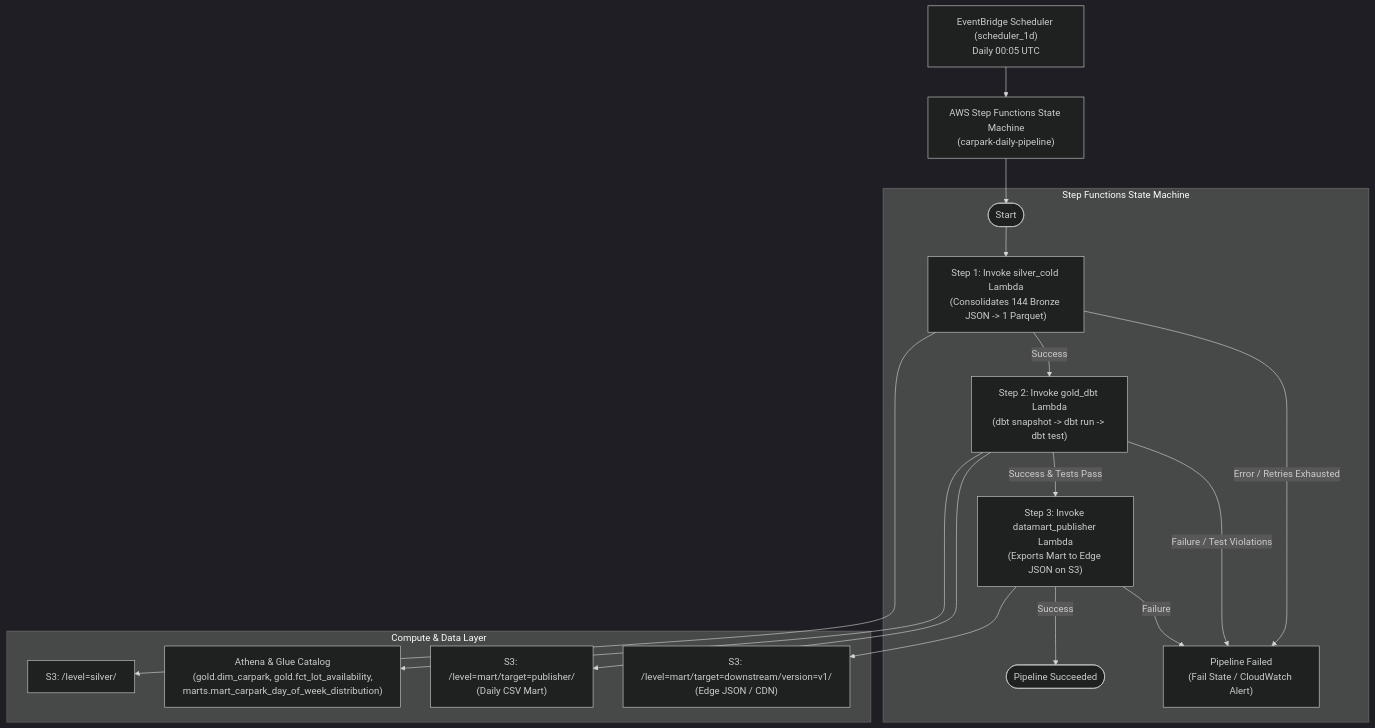
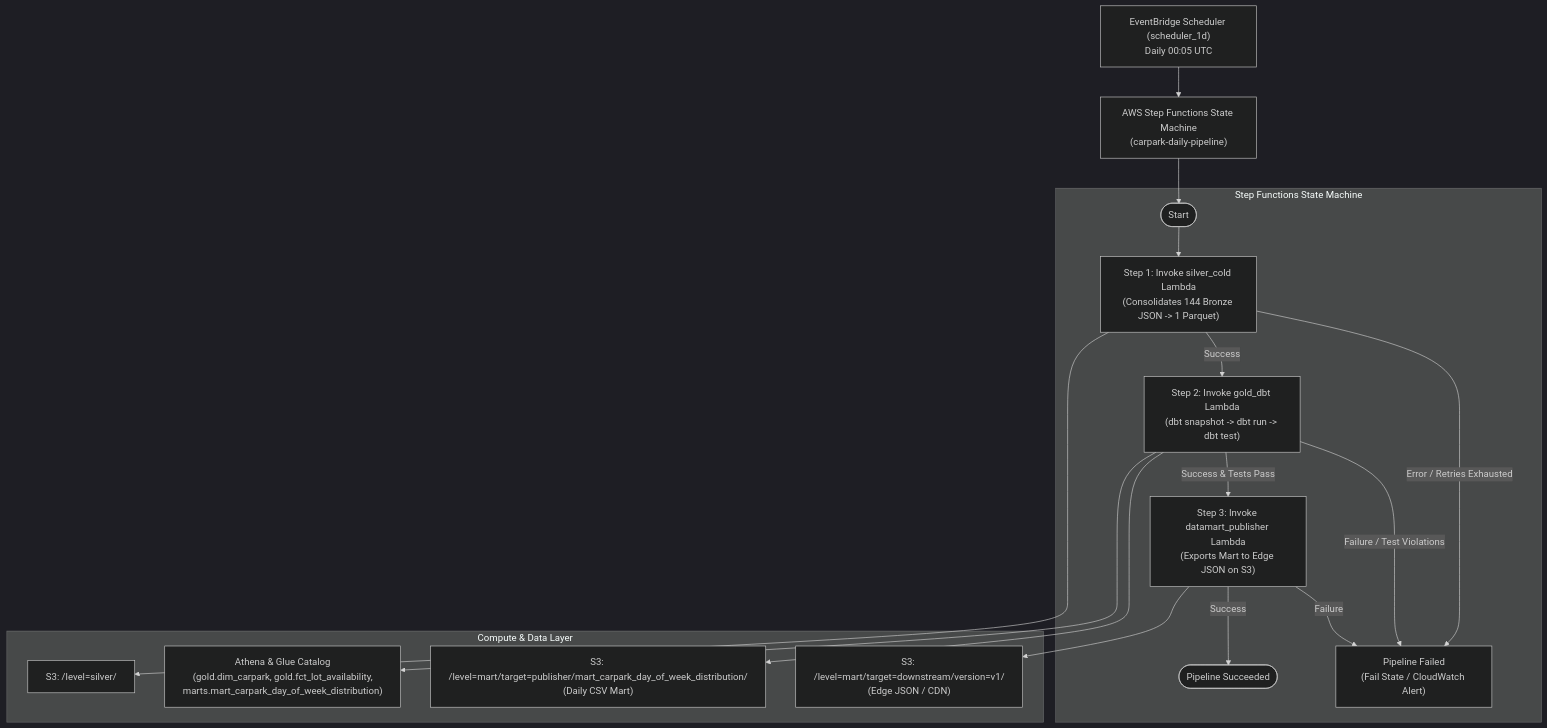
The diagram in packages/gold/README.md (ShengHaozz/Carpark-Availabilities-Data), drawn with Mermaid (dark theme) before and after one commit. The commit also changed other lines of this file and 12 other files, not shown here.

````diff
--- a/packages/gold/README.md
+++ b/packages/gold/README.md
@@ -9,24 +9,24 @@
 ```mermaid
 flowchart TD
     Schedule["EventBridge Scheduler (scheduler_1d)\nDaily 00:05 UTC"] --> SFN["AWS Step Functions State Machine\n(carpark-daily-pipeline)"]
     
     subgraph Step Functions State Machine
         StartNode([Start]) --> TaskSilver["Step 1: Invoke silver_cold Lambda\n(Consolidates 144 Bronze JSON -> 1 Parquet)"]
         TaskSilver -->|Success| TaskGold["Step 2: Invoke gold_dbt Lambda\n(dbt snapshot -> dbt run -> dbt test)"]
         TaskGold -->|Success & Tests Pass| TaskDatamart["Step 3: Invoke datamart_publisher Lambda\n(Exports Mart to Edge JSON on S3)"]
         TaskDatamart -->|Success| SuccessNode([Pipeline Succeeded])
         
         TaskSilver -->|Error / Retries Exhausted| FailNode["Pipeline Failed\n(Fail State / CloudWatch Alert)"]
         TaskGold -->|Failure / Test Violations| FailNode
         TaskDatamart -->|Failure| FailNode
     end
     
     subgraph Compute & Data Layer
         TaskSilver --> S3Silver["S3: /level=silver/"]
         TaskGold --> AthenaIceberg["Athena & Glue Catalog\n(gold.dim_carpark, gold.fct_lot_availability,\nmarts.mart_carpark_day_of_week_distribution)"]
-        TaskGold --> S3MartCSV["S3: /level=mart/target=publisher/\n(Daily CSV Mart)"]
+        TaskGold --> S3MartCSV["S3: /level=mart/target=publisher/mart_carpark_day_of_week_distribution/\n(Daily CSV Mart)"]
         TaskDatamart --> S3Datamart["S3: /level=mart/target=downstream/version=v1/\n(Edge JSON / CDN)"]
     end
     
     SFN --> StartNode
 ```
````
